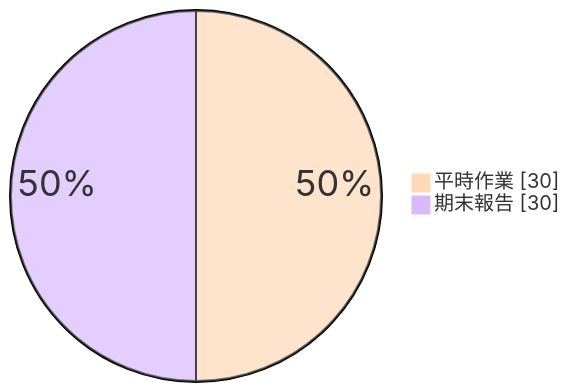
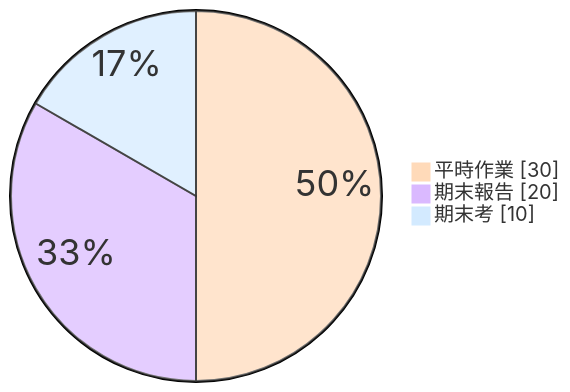
One commit to CXPhoenix/cs-first-class changed the third of 9 diagrams in pages/course-select.md. Above: the diagram before and after it, drawn with Mermaid. The commit also changed other lines of this file, not shown here.

````diff
--- a/pages/course-select.md
+++ b/pages/course-select.md
@@ -120,6 +120,7 @@
 ```mermaid
 %%{init: {'theme': 'base', 'themeVariables': { 'primaryColor': '#ffdab9', 'pieStrokeColor': '#333333', 'pieLegendTextColor': '#333333', 'pieLegendTextSize': '20px', 'pieSectionTextSize': '36px' }}}%%
 pie showData
     "平時作業" : 30
-    "期末報告" : 30
+    "期末報告" : 20
+    "期末考" : 10
 ```
````
